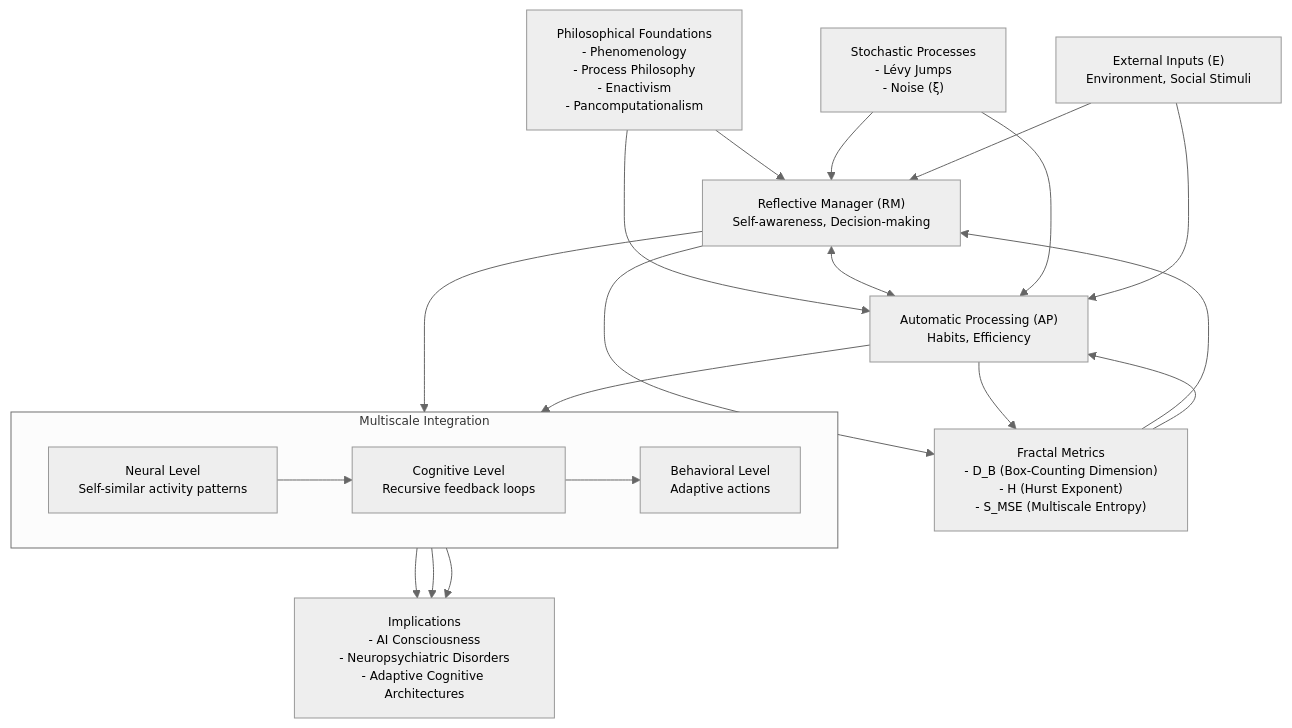
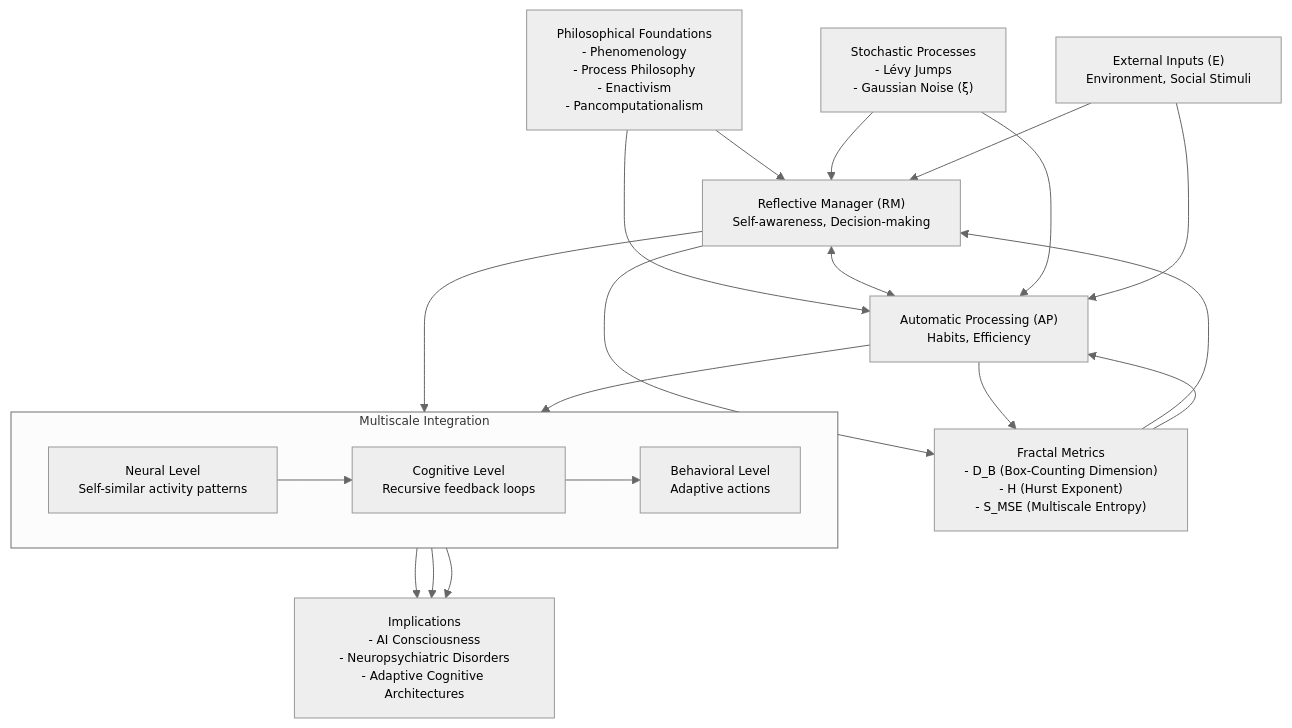
One commit to adaptiveaios/AdaptiveAIOS changed the diagram in README.md. Above: the diagram before and after it, drawn with Mermaid. The commit also changed other lines of this file, not shown here.

````diff
--- a/README.md
+++ b/README.md
@@ -79,39 +92,39 @@
 ```mermaid
 %%{init: {'theme': 'neutral', 'themeVariables': { 'fontSize': '12px'}}}%%
 flowchart TD
     %% Philosophical Foundations
     PF["Philosophical Foundations\n- Phenomenology\n- Process Philosophy\n- Enactivism\n- Pancomputationalism"] --> RM
     PF --> AP
 
     %% Core Components
     RM["Reflective Manager (RM)\nSelf-awareness, Decision-making"] <--> AP["Automatic Processing (AP)\nHabits, Efficiency"]
     
     %% Fractal Metrics
     RM --> FM["Fractal Metrics\n- D_B (Box-Counting Dimension)\n- H (Hurst Exponent)\n- S_MSE (Multiscale Entropy)"]
     AP --> FM
     FM --> RM
     FM --> AP
 
     %% Stochastic Processes & External Inputs
-    SP["Stochastic Processes\n- Lévy Jumps\n- Noise (ξ)"] --> RM
+    SP["Stochastic Processes\n- Lévy Jumps\n- Gaussian Noise (ξ)"] --> RM
     SP --> AP
     EI["External Inputs (E)\nEnvironment, Social Stimuli"] --> RM
     EI --> AP
 
     %% Multiscale Integration
     subgraph "Multiscale Integration"
         direction LR
         Neural["Neural Level\nSelf-similar activity patterns"] --> Cognitive
         Cognitive["Cognitive Level\nRecursive feedback loops"] --> Behavioral
         Behavioral["Behavioral Level\nAdaptive actions"]
     end
 
     RM --> Neural
     AP --> Neural
     Neural --> Implications
     Cognitive --> Implications
     Behavioral --> Implications
 
     %% Implications
     Implications["Implications\n- AI Consciousness\n- Neuropsychiatric Disorders\n- Adaptive Cognitive Architectures"]
 ```
````
